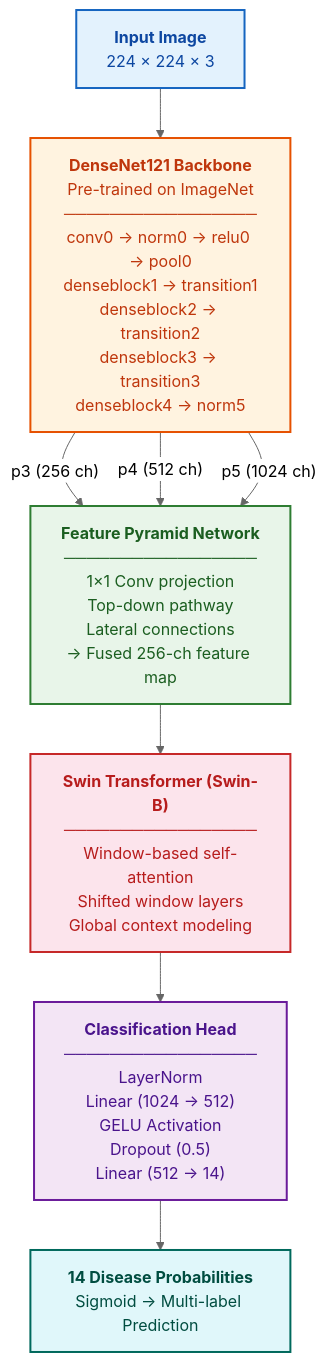
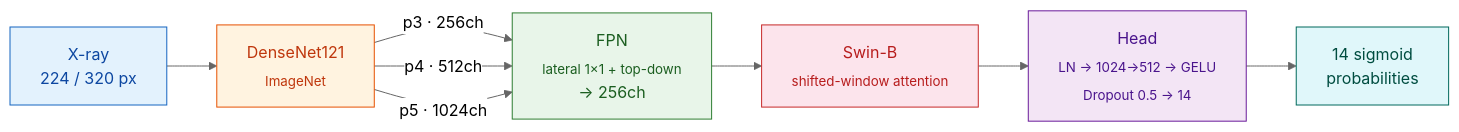
One commit to AnirvanRanjan/hybrid-chest-xray-net changed the diagram in README.md. Above: the diagram before and after it, drawn with Mermaid (neutral theme). The commit also changed other lines of this file and 2 other files, not shown here.

````diff
--- a/README.md
+++ b/README.md
@@ -26,25 +93,17 @@
 ```mermaid
-flowchart TD
-    A["<b>Input Image</b><br/>224 × 224 × 3"] --> B
+flowchart LR
+    A["X-ray<br/>224 / 320 px"] --> B["DenseNet121<br/><sub>ImageNet</sub>"]
+    B -- "p3 · 256ch" --> C
+    B -- "p4 · 512ch" --> C
+    B -- "p5 · 1024ch" --> C
+    C["FPN<br/><sub>lateral 1×1 + top-down</sub><br/>→ 256ch"] --> D["Swin-B<br/><sub>shifted-window attention</sub>"]
+    D --> E["Head<br/><sub>LN → 1024→512 → GELU<br/>Dropout 0.5 → 14</sub>"]
+    E --> F["14 sigmoid<br/>probabilities"]
 
-    B["<b>DenseNet121 Backbone</b><br/>Pre-trained on ImageNet<br/>─────────────────<br/>conv0 → norm0 → relu0 → pool0<br/>denseblock1 → transition1<br/>denseblock2 → transition2<br/>denseblock3 → transition3<br/>denseblock4 → norm5"]
-    B -->|"p3 (256 ch)"| C
-    B -->|"p4 (512 ch)"| C
-    B -->|"p5 (1024 ch)"| C
-
-    C["<b>Feature Pyramid Network</b><br/>─────────────────<br/>1×1 Conv projection<br/>Top-down pathway<br/>Lateral connections<br/>→ Fused 256-ch feature map"]
-    C --> D
-
-    D["<b>Swin Transformer (Swin-B)</b><br/>─────────────────<br/>Window-based self-attention<br/>Shifted window layers<br/>Global context modeling"]
-    D --> E
-
-    E["<b>Classification Head</b><br/>─────────────────<br/>LayerNorm<br/>Linear (1024 → 512)<br/>GELU Activation<br/>Dropout (0.5)<br/>Linear (512 → 14)"]
-    E --> F["<b>14 Disease Probabilities</b><br/>Sigmoid → Multi-label Prediction"]
-
-    style A fill:#e3f2fd,stroke:#1565c0,stroke-width:2px,color:#0d47a1
-    style B fill:#fff3e0,stroke:#e65100,stroke-width:2px,color:#bf360c
-    style C fill:#e8f5e9,stroke:#2e7d32,stroke-width:2px,color:#1b5e20
-    style D fill:#fce4ec,stroke:#c62828,stroke-width:2px,color:#b71c1c
-    style E fill:#f3e5f5,stroke:#6a1b9a,stroke-width:2px,color:#4a148c
-    style F fill:#e0f7fa,stroke:#00695c,stroke-width:2px,color:#004d40
+    style A fill:#e3f2fd,stroke:#1565c0,color:#0d47a1
+    style B fill:#fff3e0,stroke:#e65100,color:#bf360c
+    style C fill:#e8f5e9,stroke:#2e7d32,color:#1b5e20
+    style D fill:#fce4ec,stroke:#c62828,color:#b71c1c
+    style E fill:#f3e5f5,stroke:#6a1b9a,color:#4a148c
+    style F fill:#e0f7fa,stroke:#00695c,color:#004d40
 ```
````
